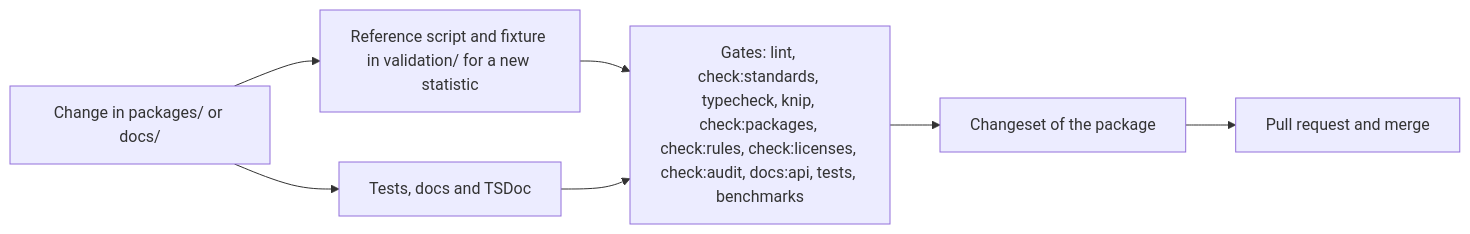
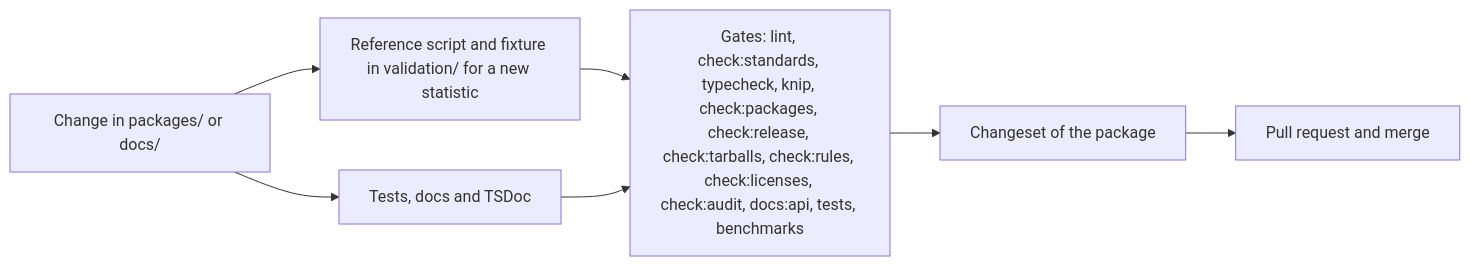
The diagram in CONTRIBUTING.md (measurekit/measurekit), drawn with Mermaid before and after one commit. The commit also changed other lines of this file and 15 other files, not shown here.

First line of the commit message:
Check the changesets and the tarballs of the packages in CI, and pin every dependency to an exact version

````diff
--- a/CONTRIBUTING.md
+++ b/CONTRIBUTING.md
@@ -6,8 +6,8 @@
 ```mermaid
 flowchart LR
   C["Change in packages/ or docs/"] --> V["Reference script and fixture in validation/ for a new statistic"]
   C --> T["Tests, docs and TSDoc"]
-  V --> G["Gates: lint, check:standards, typecheck, knip, check:packages, check:rules, check:licenses, check:audit, docs:api, tests, benchmarks"]
+  V --> G["Gates: lint, check:standards, typecheck, knip, check:packages, check:release, check:tarballs, check:rules, check:licenses, check:audit, docs:api, tests, benchmarks"]
   T --> G
   G --> X["Changeset of the package"] --> M["Pull request and merge"]
 ```
````
